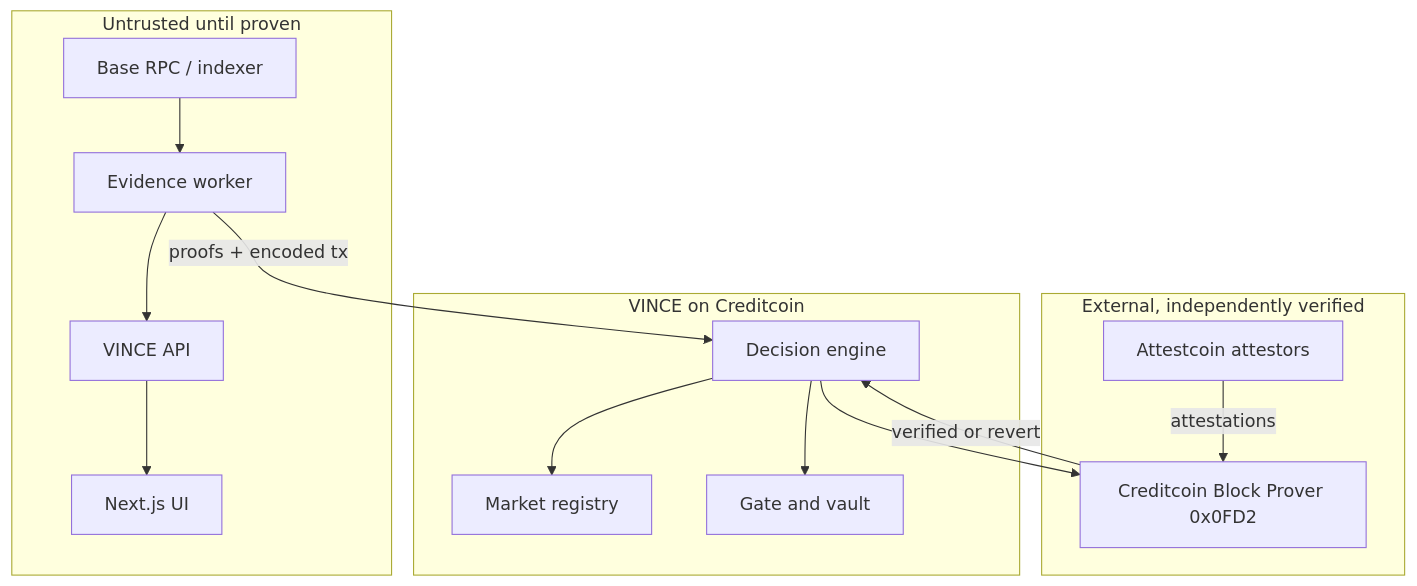
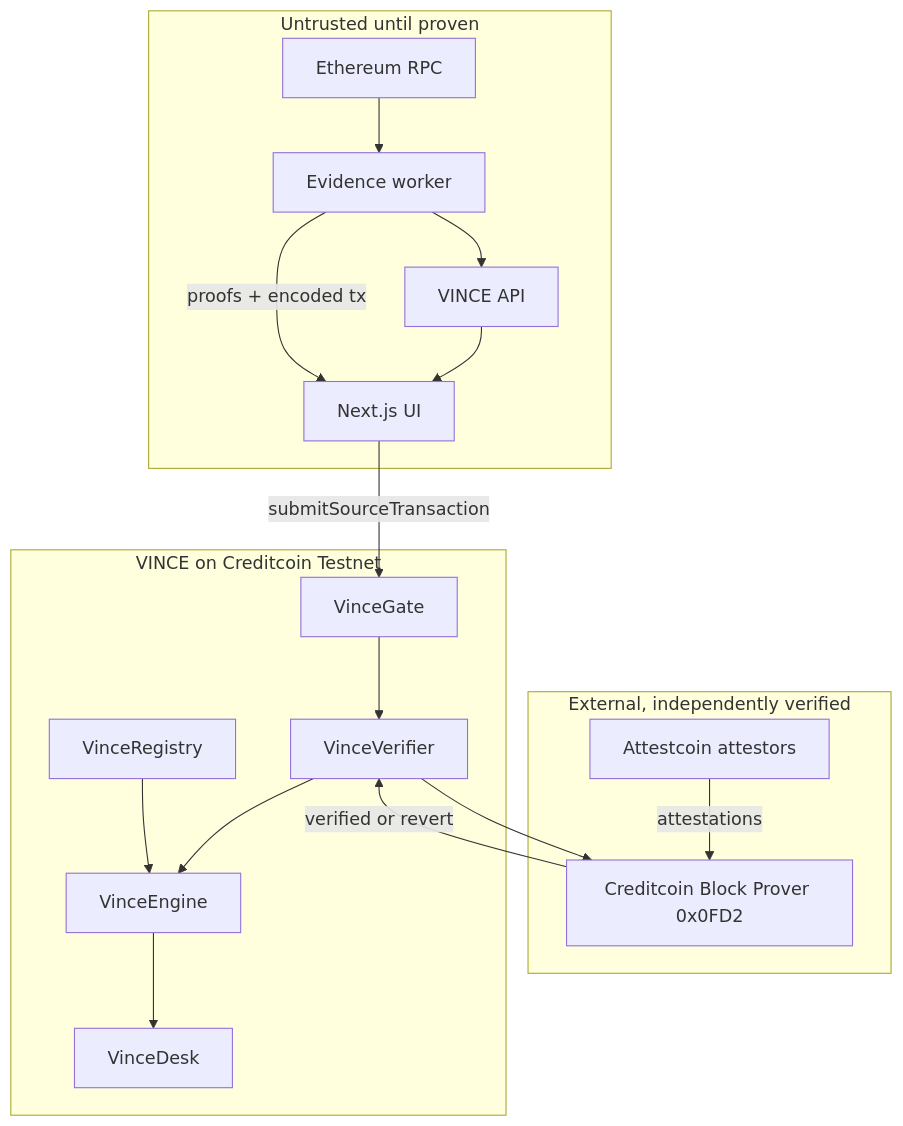
One commit to godspowerufot/VINCE changed the third of 3 diagrams in ARCHITECTURE.md. Above: the diagram before and after it, drawn with Mermaid. The commit also changed other lines of this file and 73 other files, not shown here.

First line of the commit message:
Settle VINCE on Creditcoin Testnet with gate, desk, and wallet submit.

````diff
--- a/ARCHITECTURE.md
+++ b/ARCHITECTURE.md
@@ -108,28 +114,33 @@
 ```mermaid
 flowchart TB
   subgraph UNTRUSTED["Untrusted until proven"]
-    RPC["Base RPC / indexer"]
+    RPC["Ethereum RPC"]
     API["VINCE API"]
     UI["Next.js UI"]
     WORKER["Evidence worker"]
   end
 
   subgraph TRUSTED_EXT["External, independently verified"]
     ATTEST["Attestcoin attestors"]
     PRECOMP["Creditcoin Block Prover 0x0FD2"]
   end
 
-  subgraph TRUSTED_VINCE["VINCE on Creditcoin"]
-    REG["Market registry"]
-    ENG["Decision engine"]
-    SET["Gate and vault"]
+  subgraph TRUSTED_VINCE["VINCE on Creditcoin Testnet"]
+    VER["VinceVerifier"]
+    REG["VinceRegistry"]
+    ENG["VinceEngine"]
+    GATE["VinceGate"]
+    DESK["VinceDesk"]
   end
 
   RPC --> WORKER --> API --> UI
-  WORKER -->|"proofs + encoded tx"| ENG
-  ENG --> PRECOMP
-  PRECOMP -->|"verified or revert"| ENG
+  WORKER -->|"proofs + encoded tx"| UI
+  UI -->|"submitSourceTransaction"| GATE
+  GATE --> VER
+  VER --> PRECOMP
+  PRECOMP -->|"verified or revert"| VER
   ATTEST -->|"attestations"| PRECOMP
-  ENG --> REG
-  ENG --> SET
+  VER --> ENG
+  REG --> ENG
+  ENG --> DESK
 ```
````
